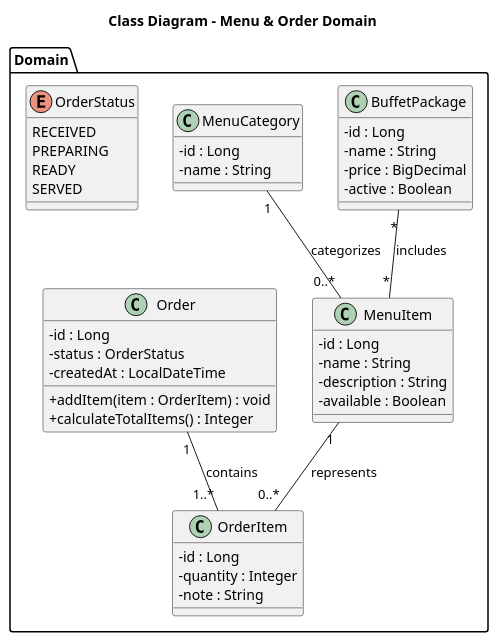
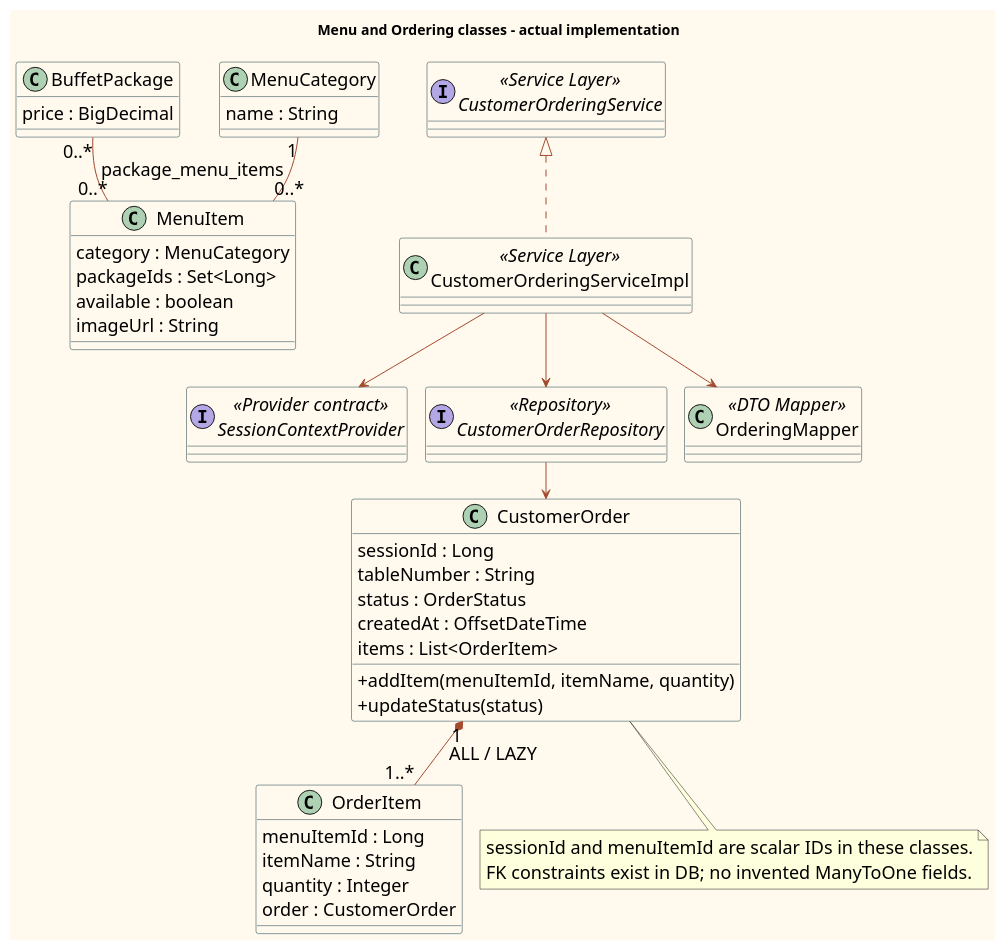
The diagram in doc/diagrams/class-menu-order.puml (PavaritPramual/buffet-restaurant-management-system), drawn with PlantUML before and after one commit. The commit also changed 58 other files, not shown here.

Commit message:
docs: complete course diagrams and Canva deck for 12-minute team presentation

```diff
--- a/doc/diagrams/class-menu-order.puml
+++ b/doc/diagrams/class-menu-order.puml
@@ -1,54 +1,59 @@
 @startuml
-title Class Diagram - Menu & Order Domain
-
+!pragma layout smetana
+skinparam shadowing false
+skinparam backgroundColor #FFF9EE
+skinparam defaultFontName Tahoma
+skinparam defaultFontSize 18
 skinparam classAttributeIconSize 0
-skinparam shadowing false
-
-package "Domain" {
-    class BuffetPackage {
-        - id : Long
-        - name : String
-        - price : BigDecimal
-        - active : Boolean
-    }
-
-    class MenuCategory {
-        - id : Long
-        - name : String
-    }
-
-    class MenuItem {
-        - id : Long
-        - name : String
-        - description : String
-        - available : Boolean
-    }
-
-    class Order {
-        - id : Long
-        - status : OrderStatus
-        - createdAt : LocalDateTime
-        + addItem(item : OrderItem) : void
-        + calculateTotalItems() : Integer
-    }
-
-    class OrderItem {
-        - id : Long
-        - quantity : Integer
-        - note : String
-    }
-
-    enum OrderStatus {
-        RECEIVED
-        PREPARING
-        READY
-        SERVED
-    }
+skinparam ArrowColor #A54A2E
+skinparam classBackgroundColor #FFF9EE
+skinparam classBorderColor #173A45
+skinparam actorBorderColor #173A45
+skinparam usecaseBackgroundColor #F2E6D4
+skinparam usecaseBorderColor #A54A2E
+title Menu and Ordering classes - actual implementation
+class BuffetPackage {
+price : BigDecimal
 }
-
-BuffetPackage "*" -- "*" MenuItem : includes
-MenuCategory "1" -- "0..*" MenuItem : categorizes
-Order "1" -- "1..*" OrderItem : contains
-MenuItem "1" -- "0..*" OrderItem : represents
-
+class MenuCategory {
+name : String
+}
+class MenuItem {
+category : MenuCategory
+ packageIds : Set<Long>
+ available : boolean
+ imageUrl : String
+}
+class CustomerOrder {
+sessionId : Long
+ tableNumber : String
+ status : OrderStatus
+ createdAt : OffsetDateTime
+ items : List<OrderItem>
+ +addItem(menuItemId, itemName, quantity)
+ +updateStatus(status)
+}
+class OrderItem {
+menuItemId : Long
+ itemName : String
+ quantity : Integer
+ order : CustomerOrder
+}
+interface CustomerOrderingService <<Service Layer>>
+class CustomerOrderingServiceImpl <<Service Layer>>
+interface SessionContextProvider <<Provider contract>>
+interface CustomerOrderRepository <<Repository>>
+class OrderingMapper <<DTO Mapper>>
+CustomerOrderingService <|.. CustomerOrderingServiceImpl
+CustomerOrderingServiceImpl --> SessionContextProvider
+CustomerOrderingServiceImpl --> CustomerOrderRepository
+CustomerOrderingServiceImpl --> OrderingMapper
+CustomerOrderRepository --> CustomerOrder
+MenuCategory "1" -- "0..*" MenuItem
+BuffetPackage "0..*" -- "0..*" MenuItem : package_menu_items
+CustomerOrder "1" *-- "1..*" OrderItem : ALL / LAZY
+note bottom of CustomerOrder
+sessionId and menuItemId are scalar IDs in these classes.
+FK constraints exist in DB; no invented ManyToOne fields.
+end note
 @enduml
```
